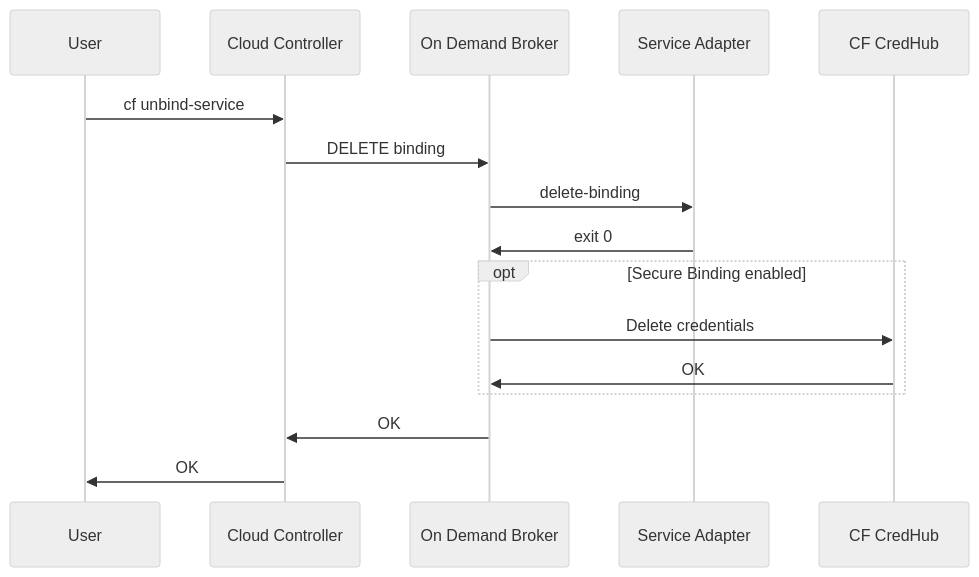
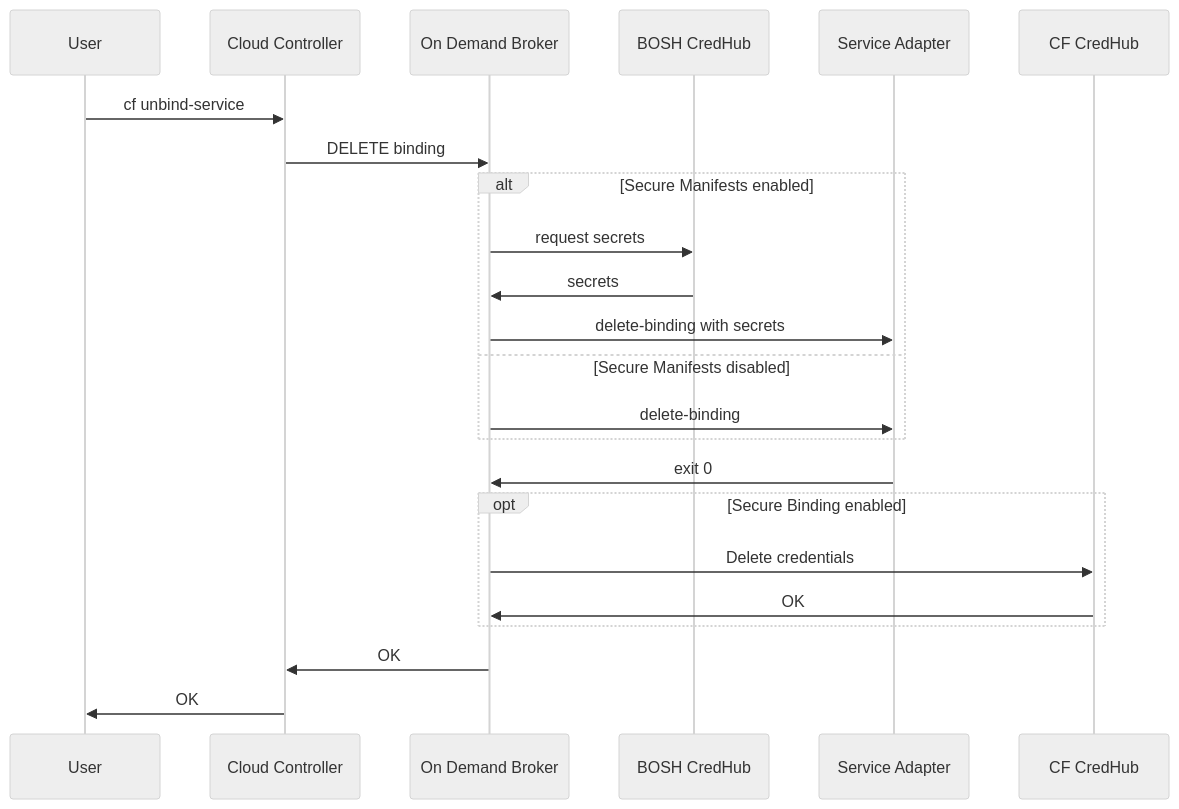
The diagram in mmd/unbind_service_workflow.mmd (pivotal-cf/docs-on-demand-service-broker), drawn with Mermaid (neutral theme) before and after one commit. The commit also changed 1 other file, not shown here.

Commit message:
bind and unbind diagrams include BOSH CredHub interactions [#160016938]

```diff
--- a/mmd/unbind_service_workflow.mmd
+++ b/mmd/unbind_service_workflow.mmd
@@ -1,13 +1,19 @@
 <div class="mermaid">
 sequenceDiagram
   User->>Cloud Controller:cf unbind-service
   Cloud Controller->>On Demand Broker:DELETE binding
-  On Demand Broker->>Service Adapter:delete-binding
+  alt Secure Manifests enabled
+    On Demand Broker->>BOSH CredHub:request secrets
+    BOSH CredHub->>On Demand Broker:secrets
+    On Demand Broker->>Service Adapter:delete-binding with secrets
+  else Secure Manifests disabled
+    On Demand Broker->>Service Adapter:delete-binding
+  end
   Service Adapter->>On Demand Broker:exit 0
   opt Secure Binding enabled
-  On Demand Broker->>CF CredHub:Delete credentials
-  CF CredHub->>On Demand Broker:OK
+    On Demand Broker->>CF CredHub:Delete credentials
+    CF CredHub->>On Demand Broker:OK
   end
   On Demand Broker->>Cloud Controller:OK
   Cloud Controller->>User:OK
 </div>
```
